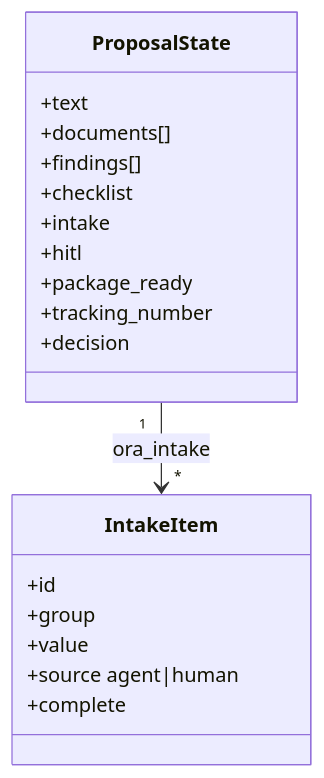
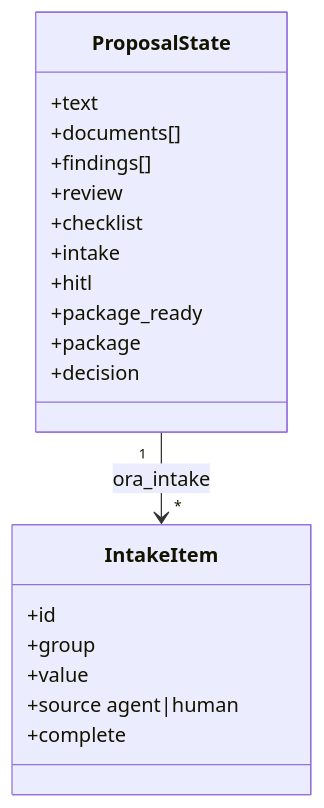
Before and after one commit to YPCC/grant-agent-lab: the sixth of 6 diagrams in docs/architecture.md, drawn with Mermaid. The commit also changed other lines of this file and 10 other files, not shown here.

First line of the commit message:
Update C4 diagrams and README for the unified GrantGraph

````diff
--- a/docs/architecture.md
+++ b/docs/architecture.md
@@ -134,22 +178,23 @@
 ```mermaid
 classDiagram
   class ProposalState {
     +text
     +documents[]
     +findings[]
+    +review
     +checklist
     +intake
     +hitl
     +package_ready
-    +tracking_number
+    +package
     +decision
   }
   class IntakeItem {
     +id
     +group
     +value
     +source agent|human
     +complete
   }
   ProposalState "1" --> "*" IntakeItem : ora_intake
 ```
````
